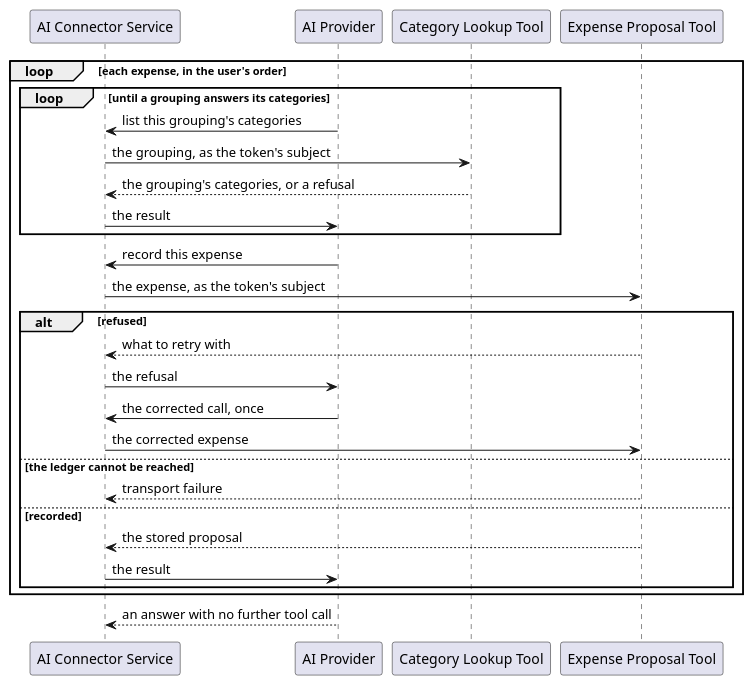
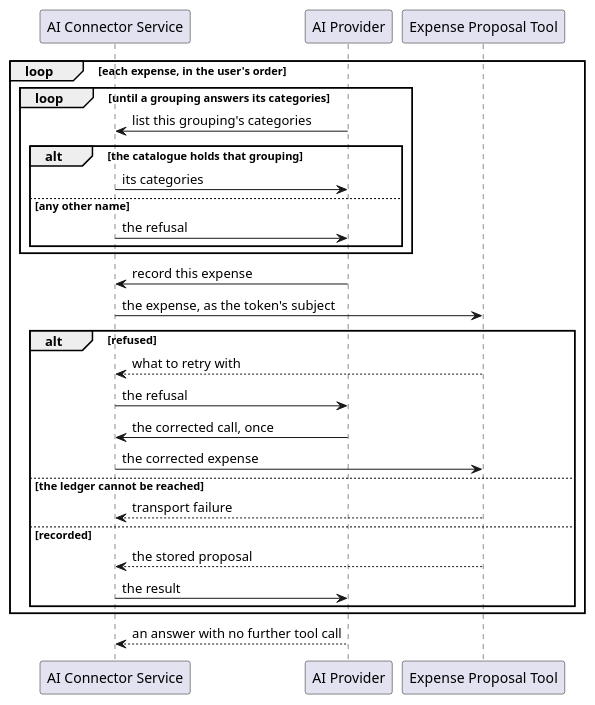
One commit to ds-usova/finance-bot changed the sixth of 8 diagrams in ai-connector-service/docs/usecases/extract-intents.md. Above: the diagram before and after it, drawn with PlantUML. The commit also changed other lines of this file and 8 other files, not shown here.

Commit message:
Documentation: describe the connector answering a category lookup itself

````diff
--- a/ai-connector-service/docs/usecases/extract-intents.md
+++ b/ai-connector-service/docs/usecases/extract-intents.md
@@ -310,33 +319,34 @@
 ```plantuml
 @startuml ExtractIntents-RecordingSpending
 participant "AI Connector Service" as Service
 participant "AI Provider" as Provider
-participant "Category Lookup Tool" as Lookup
 participant "Expense Proposal Tool" as Tool
 
 loop each expense, in the user's order
     loop until a grouping answers its categories
         Provider -> Service : list this grouping's categories
-        Service -> Lookup : the grouping, as the token's subject
-        Lookup --> Service : the grouping's categories, or a refusal
-        Service -> Provider : the result
+        alt the catalogue holds that grouping
+            Service -> Provider : its categories
+        else any other name
+            Service -> Provider : the refusal
+        end
     end
 
     Provider -> Service : record this expense
     Service -> Tool : the expense, as the token's subject
 
     alt refused
         Tool --> Service : what to retry with
         Service -> Provider : the refusal
         Provider -> Service : the corrected call, once
         Service -> Tool : the corrected expense
     else the ledger cannot be reached
         Tool --> Service : transport failure
     else recorded
         Tool --> Service : the stored proposal
         Service -> Provider : the result
     end
 end
 Provider --> Service : an answer with no further tool call
 @enduml
 ```
````
